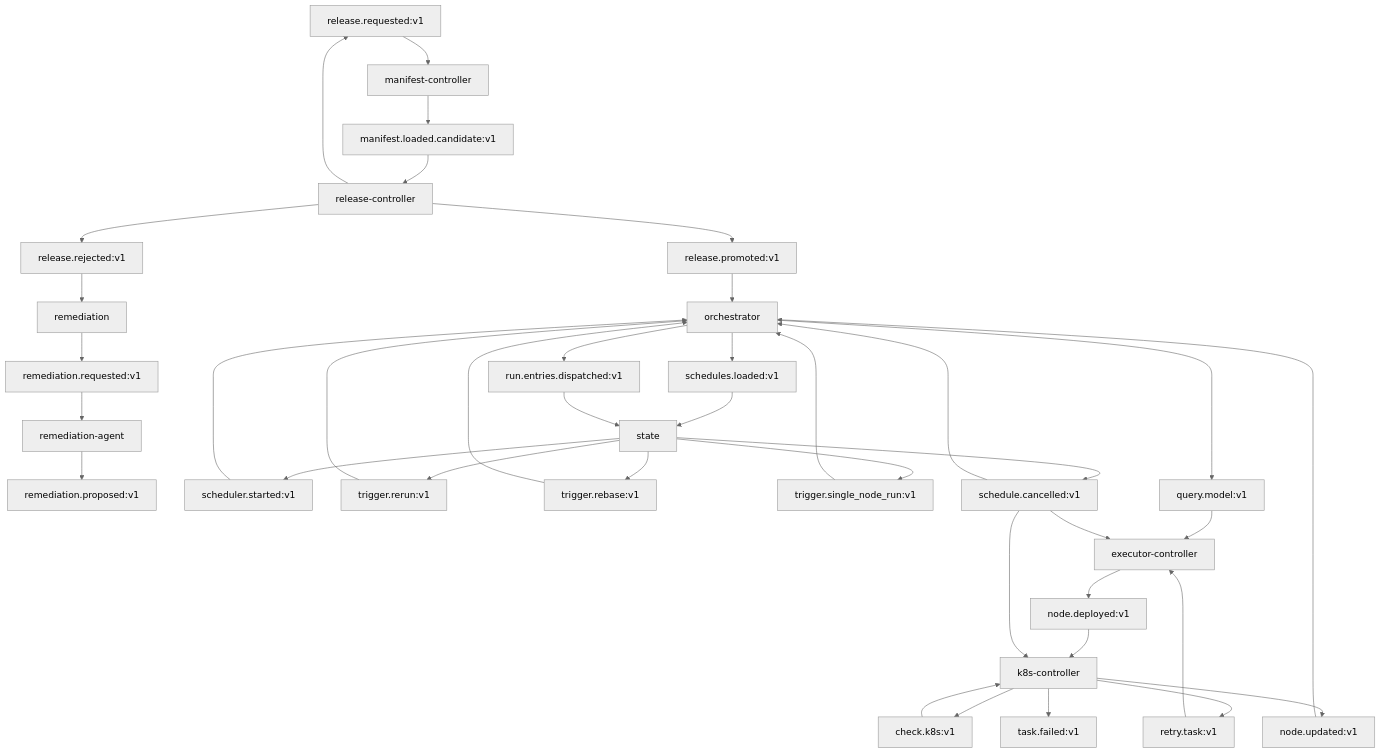
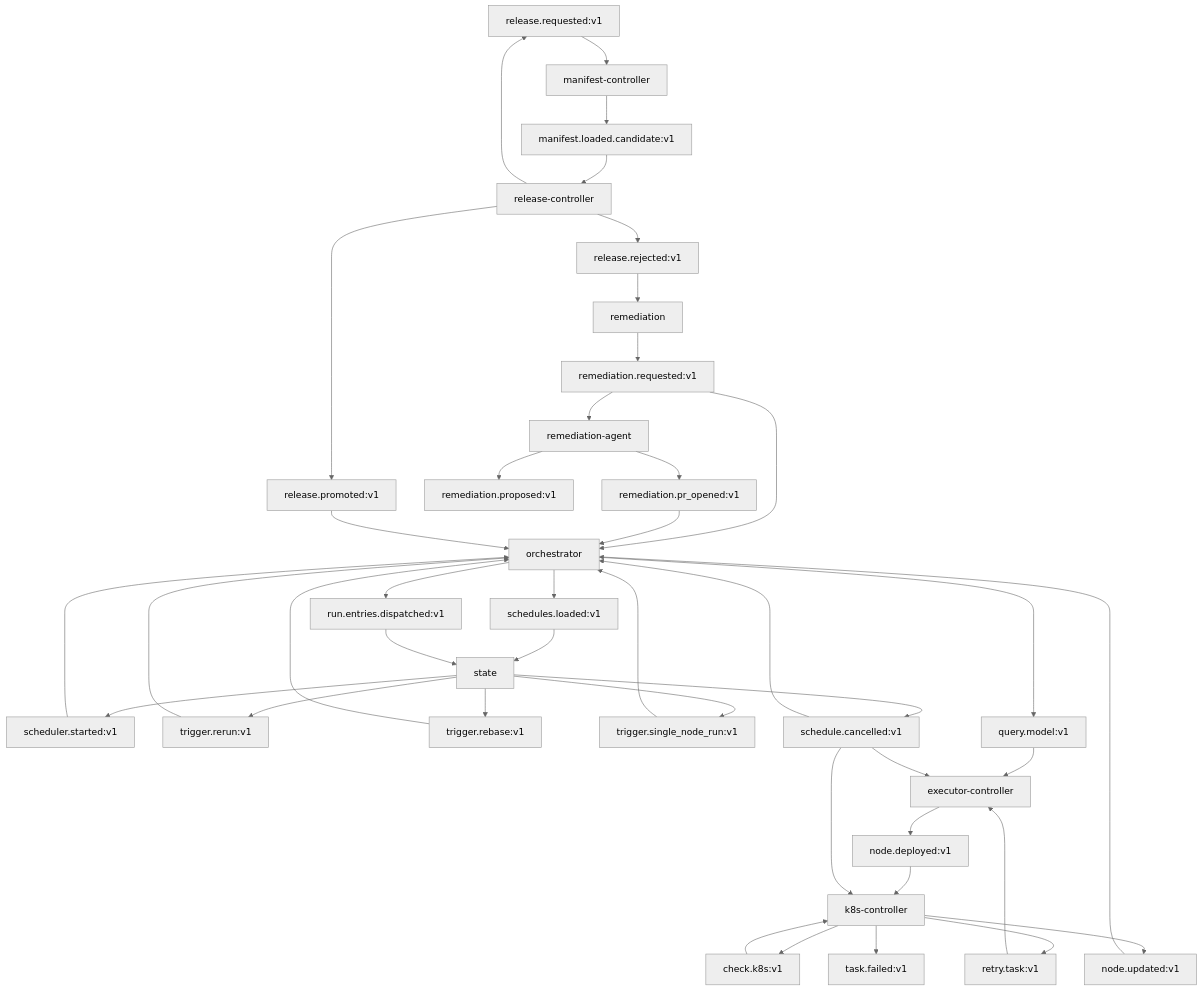
The second of 2 diagrams in docs/arch/01-topology.md (carolsimone/continuo), drawn with Mermaid (neutral theme) before and after one commit. The commit also changed 90 other files, not shown here.

First line of the commit message:
Failure-precedent case base: GetPrecedents + CLI, :PREVIOUS removal (graph versioning PR 3) (#420)

````diff
--- a/docs/arch/01-topology.md
+++ b/docs/arch/01-topology.md
@@ -81,71 +81,75 @@
 ```mermaid
 flowchart TD
   RR[release.requested:v1]
   MLC[manifest.loaded.candidate:v1]
   RP[release.promoted:v1]
   RREJ[release.rejected:v1]
   REMREQ[remediation.requested:v1]
   REMPROP[remediation.proposed:v1]
+  PROPENED[remediation.pr_opened:v1]
   SL[schedules.loaded:v1]
   SS[scheduler.started:v1]
   RED[run.entries.dispatched:v1]
   TRR[trigger.rerun:v1]
   TRB[trigger.rebase:v1]
   TSN[trigger.single_node_run:v1]
   QM[query.model:v1]
   ED[node.deployed:v1]
   KCV[check.k8s:v1]
   TR[retry.task:v1]
   TF[task.failed:v1]
   UT[node.updated:v1]
 
   RC[release-controller] --> RR
   RR --> MC[manifest-controller]
   MC --> MLC
   MLC --> RC
   RC --> RP
   RC --> RREJ
   RREJ --> REM[remediation]
   REM --> REMREQ
   REMREQ --> REMA[remediation-agent]
+  REMREQ --> OR[orchestrator]
   REMA --> REMPROP
-  RP --> OR[orchestrator]
+  REMA --> PROPENED
+  PROPENED --> OR
+  RP --> OR
   OR --> SL
   SL --> ST[state]
 
   ST --> SS
   SS --> OR
   OR --> RED
   RED --> ST
 
   ST --> TRR
   TRR --> OR
 
   ST --> TRB
   TRB --> OR
 
   ST --> TSN
   TSN --> OR
 
   OR --> QM
 
   QM --> EC[executor-controller]
   TR --> EC
 
   EC --> ED
   ED --> KC[k8s-controller]
 
   KC --> KCV
   KCV --> KC
   KC --> TR
   KC --> TF
   KC --> UT
 
   UT --> OR
 
   SC_EV[schedule.cancelled:v1]
   ST --> SC_EV
   SC_EV --> OR
   SC_EV --> EC
   SC_EV --> KC
 ```
````
